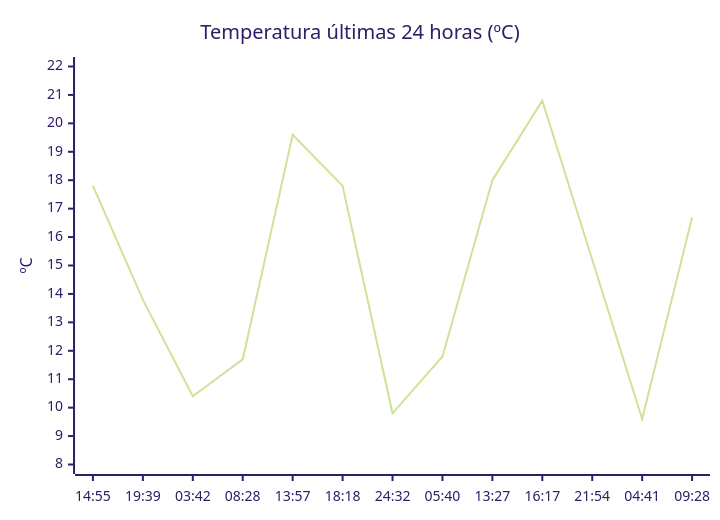
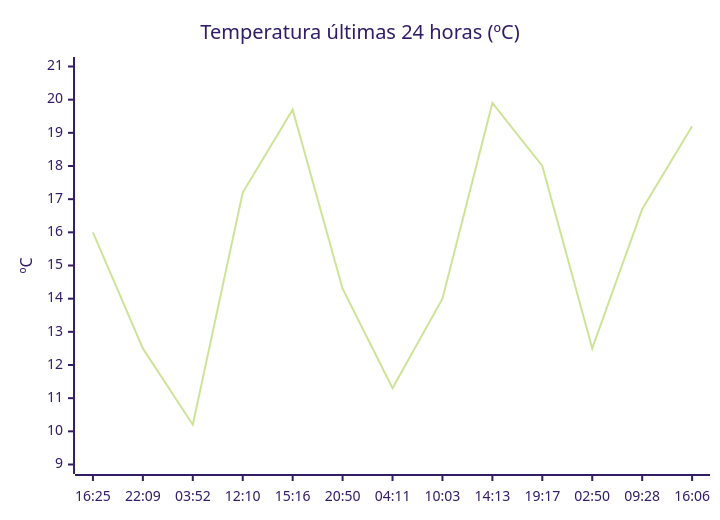
Before and after one commit to solidsnk86/rem-scrap: the diagram in README.md, drawn with Mermaid (forest theme). The commit also changed other lines of this file, not shown here.

````diff
--- a/README.md
+++ b/README.md
@@ -28,7 +36,7 @@
 ```mermaid
 xychart-beta
     title "Temperatura últimas 24 horas (ºC)"
-    x-axis ["14:55", "19:39", "03:42", "08:28", "13:57", "18:18", "24:32", "05:40", "13:27", "16:17", "21:54", "04:41", "09:28"]
-    y-axis "ºC" 8 --> 22
-    line [17.8, 13.8, 10.4, 11.7, 19.6, 17.8, 9.8, 11.8, 18, 20.8, 15.2, 9.6, 16.7]
+    x-axis ["16:25", "22:09", "03:52", "12:10", "15:16", "20:50", "04:11", "10:03", "14:13", "19:17", "02:50", "09:28", "16:06"]
+    y-axis "ºC" 9 --> 21
+    line [16, 12.5, 10.2, 17.2, 19.7, 14.3, 11.3, 14, 19.9, 18, 12.5, 16.7, 19.2]
 ```
````
